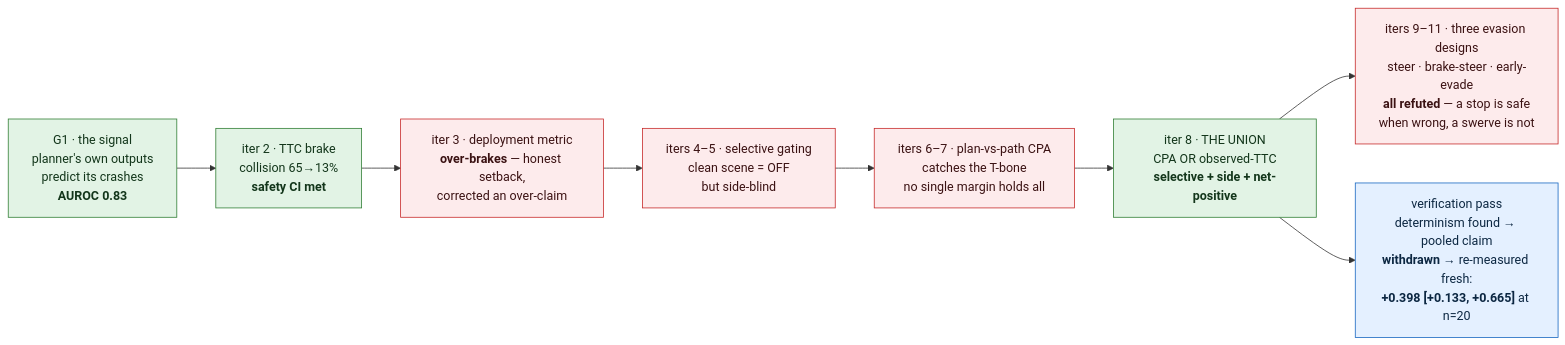
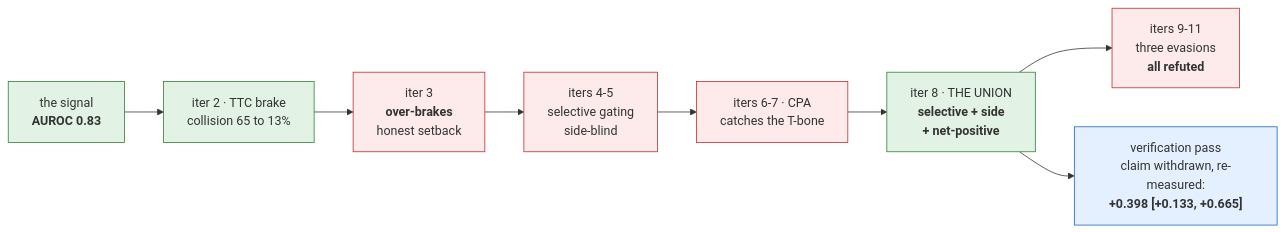
Before and after one commit to manfromnowhere143/sentinel: the first of 3 diagrams in README.md, drawn with Mermaid. The commit also changed other lines of this file, not shown here.

First line of the commit message:
README: bring every diagram under the mobile renderer's per-block size ceiling

````diff
--- a/README.md
+++ b/README.md
@@ -70,16 +70,16 @@
 ```mermaid
 flowchart LR
-  G1["G1 · the signal<br/>planner's own outputs<br/>predict its crashes<br/><b>AUROC 0.83</b>"] --> I2["iter 2 · TTC brake<br/>collision 65→13%<br/><b>safety CI met</b>"]
-  I2 --> I3["iter 3 · deployment metric<br/><b>over-brakes</b> — honest setback,<br/>corrected an over-claim"]
-  I3 --> I45["iters 4–5 · selective gating<br/>clean scene = OFF<br/>but side-blind"]
-  I45 --> I67["iters 6–7 · plan-vs-path CPA<br/>catches the T-bone<br/>no single margin holds all"]
-  I67 --> U["iter 8 · THE UNION<br/>CPA OR observed-TTC<br/><b>selective + side + net-positive</b>"]
-  U --> E9["iters 9–11 · three evasion designs<br/>steer · brake-steer · early-evade<br/><b>all refuted</b> — a stop is safe<br/>when wrong, a swerve is not"]
-  U --> V["verification pass<br/>determinism found → pooled claim<br/><b>withdrawn</b> → re-measured fresh:<br/><b>+0.398 [+0.133, +0.665]</b> at n=20"]
-  classDef win fill:#e2f3e5,stroke:#2e7d32,color:#13361b;
-  classDef null fill:#fdebec,stroke:#c62828,color:#3b1213;
-  classDef audit fill:#e4f0ff,stroke:#1565c0,color:#0c2742;
+  G1["the signal<br/><b>AUROC 0.83</b>"] --> I2["iter 2 · TTC brake<br/>collision 65 to 13%"]
+  I2 --> I3["iter 3<br/><b>over-brakes</b><br/>honest setback"]
+  I3 --> I45["iters 4-5<br/>selective gating<br/>side-blind"]
+  I45 --> I67["iters 6-7 · CPA<br/>catches the T-bone"]
+  I67 --> U["iter 8 · THE UNION<br/><b>selective + side<br/>+ net-positive</b>"]
+  U --> E9["iters 9-11<br/>three evasions<br/><b>all refuted</b>"]
+  U --> V["verification pass<br/>claim withdrawn, re-measured:<br/><b>+0.398 [+0.133, +0.665]</b>"]
+  classDef win fill:#e2f3e5,stroke:#2e7d32;
+  classDef bad fill:#fdebec,stroke:#c62828;
+  classDef audit fill:#e4f0ff,stroke:#1565c0;
   class G1,I2,U win;
-  class I3,I45,I67,E9 null;
+  class I3,I45,I67,E9 bad;
   class V audit;
 ```
````
